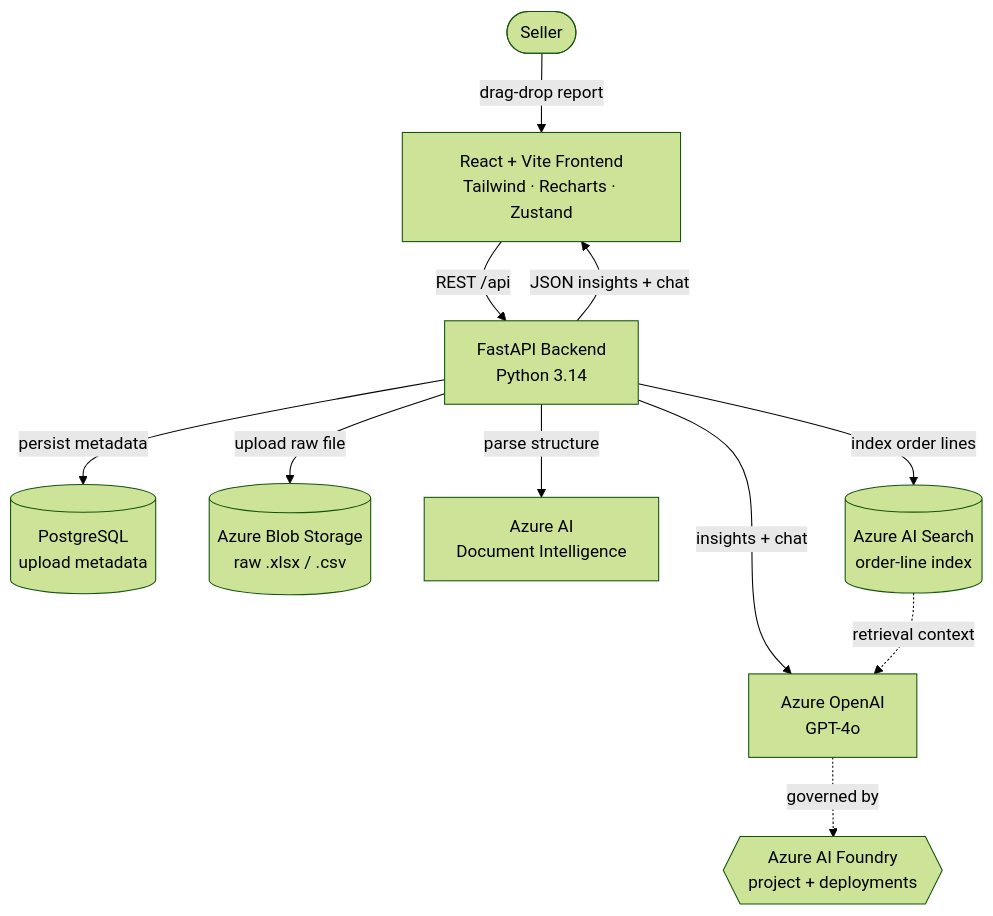
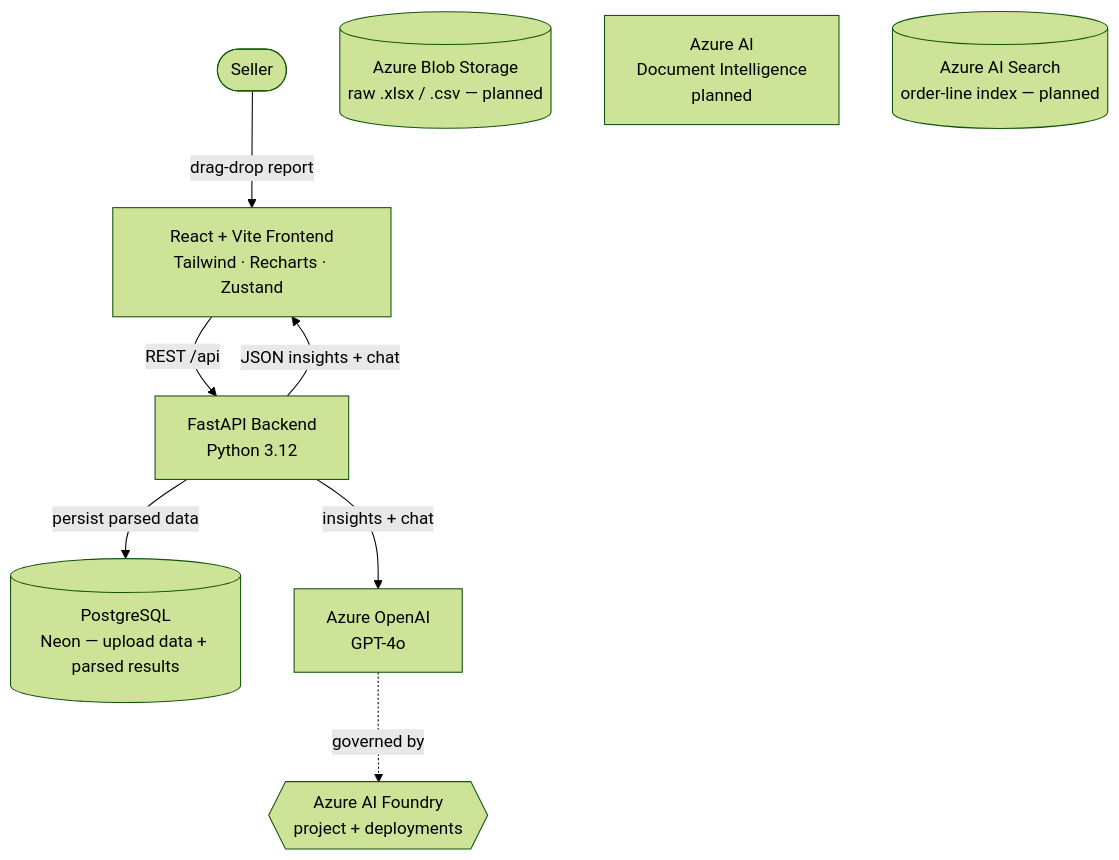
Before and after one commit to jainsamarth07/sellerlens: the diagram in README.md, drawn with Mermaid (forest theme). The commit also changed other lines of this file, not shown here.

````diff
--- a/README.md
+++ b/README.md
@@ -35,23 +36,19 @@
 ```mermaid
 flowchart TD
     Seller([Seller])
     FE[React + Vite Frontend<br/>Tailwind · Recharts · Zustand]
-    API[FastAPI Backend<br/>Python 3.14]
-    DB[(PostgreSQL<br/>upload metadata)]
-    Blob[(Azure Blob Storage<br/>raw .xlsx / .csv)]
-    DocAI[Azure AI<br/>Document Intelligence]
-    Search[(Azure AI Search<br/>order-line index)]
+    API[FastAPI Backend<br/>Python 3.12]
+    DB[(PostgreSQL<br/>Neon — upload data + parsed results)]
+    Blob[(Azure Blob Storage<br/>raw .xlsx / .csv — planned)]
+    DocAI[Azure AI<br/>Document Intelligence<br/>planned]
+    Search[(Azure AI Search<br/>order-line index — planned)]
     OpenAI[Azure OpenAI<br/>GPT-4o]
     Foundry{{Azure AI Foundry<br/>project + deployments}}
 
     Seller -->|drag-drop report| FE
     FE -->|REST /api| API
-    API -->|persist metadata| DB
-    API -->|upload raw file| Blob
-    API -->|parse structure| DocAI
-    API -->|index order lines| Search
+    API -->|persist parsed data| DB
     API -->|insights + chat| OpenAI
     OpenAI -.governed by.-> Foundry
-    Search -.retrieval context.-> OpenAI
     API -->|JSON insights + chat| FE
 ```
````
